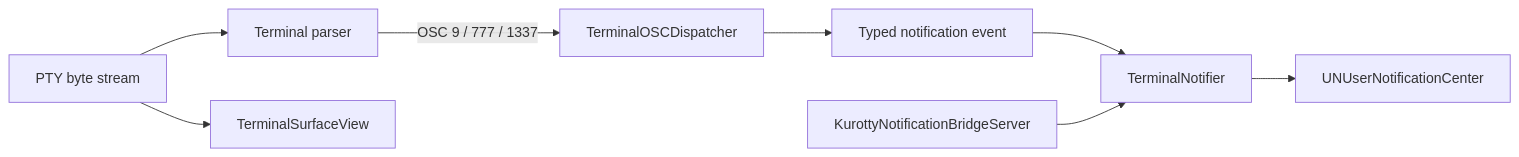
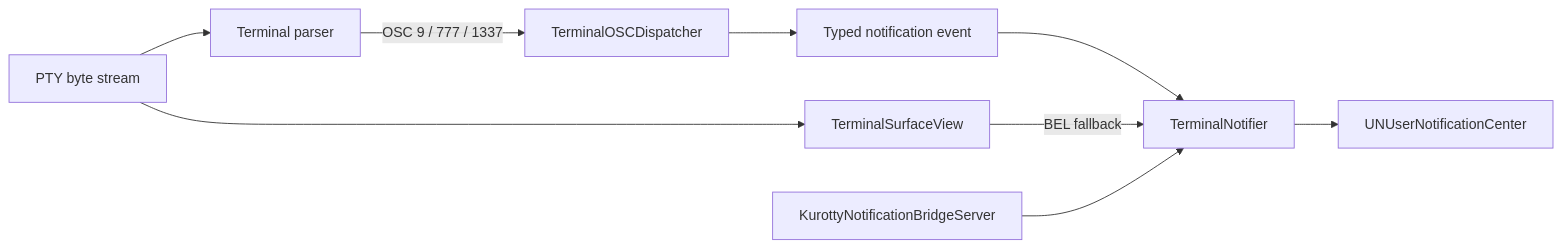
Before and after one commit to skyepodium/kurotty: the eighth of 8 diagrams in docs/architecture.md, drawn with Mermaid. The commit also changed other lines of this file and 7 other files, not shown here.

````diff
--- a/docs/architecture.md
+++ b/docs/architecture.md
@@ -216,19 +269,20 @@
 ```mermaid
 flowchart LR
     PTY[PTY byte stream]
     Parser[Terminal parser]
     OSC[TerminalOSCDispatcher]
     Typed[Typed notification event]
     Surface[TerminalSurfaceView]
     Bridge[KurottyNotificationBridgeServer]
     Notifier[TerminalNotifier]
     macOS[UNUserNotificationCenter]
 
     PTY --> Parser
     Parser -->|OSC 9 / 777 / 1337| OSC
     OSC --> Typed
     Typed --> Notifier
     PTY --> Surface
+    Surface -->|BEL fallback| Notifier
     Bridge --> Notifier
     Notifier --> macOS
 ```
````
